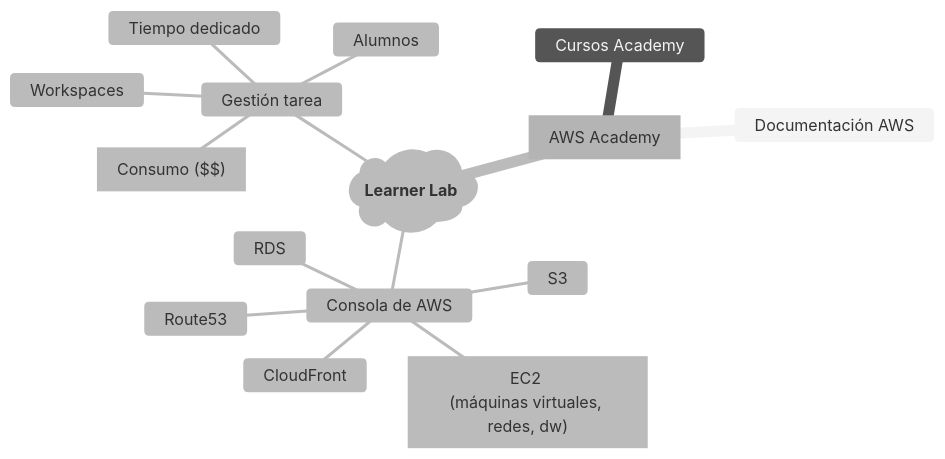
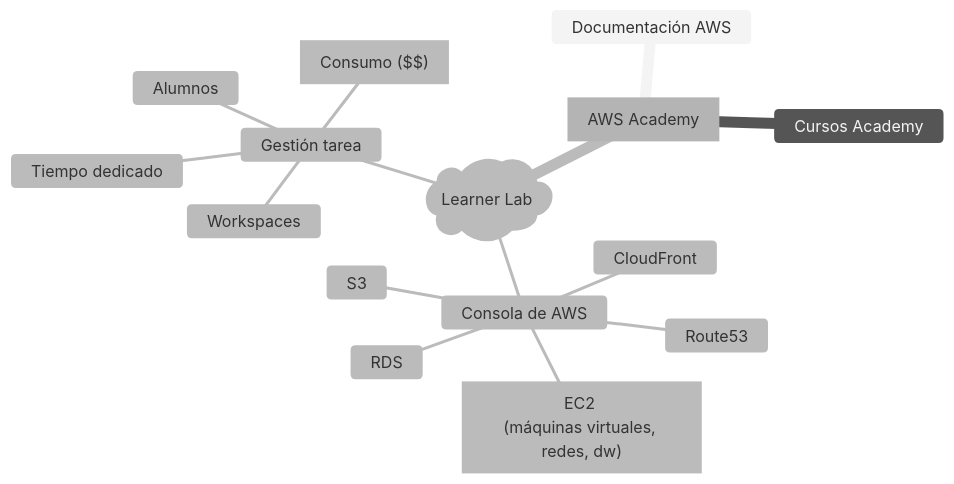
The second of 2 diagrams in content/home/mapas.md (lmorillas/como-uso-learner-labs), drawn with Mermaid (neutral theme) before and after one commit. The commit also changed other lines of this file, not shown here.

````diff
--- a/content/home/mapas.md
+++ b/content/home/mapas.md
@@ -40,24 +40,24 @@
 ```mermaid
 mindmap
   root[AWS Academy]
   ::icon(fab fa-aws)
       Documentación AWS
       Cursos Academy
-      Learner Lab)**Learner Lab**(
+      Learner Lab)Learner Lab(
       ::icon(fa fa-circle-right)
       :::urgent red
         Consola de AWS
           id5["EC2 <br>(máquinas virtuales, redes, dw)"]
           S3
           CloudFront
           RDS
           Route53
         Gestión tarea
           Alumnos
           ::icon(fa fa-person-circle-plus)
           Workspaces
           Tiempo dedicado
           id6["Consumo ($$)"]
           
           
 ```
````
